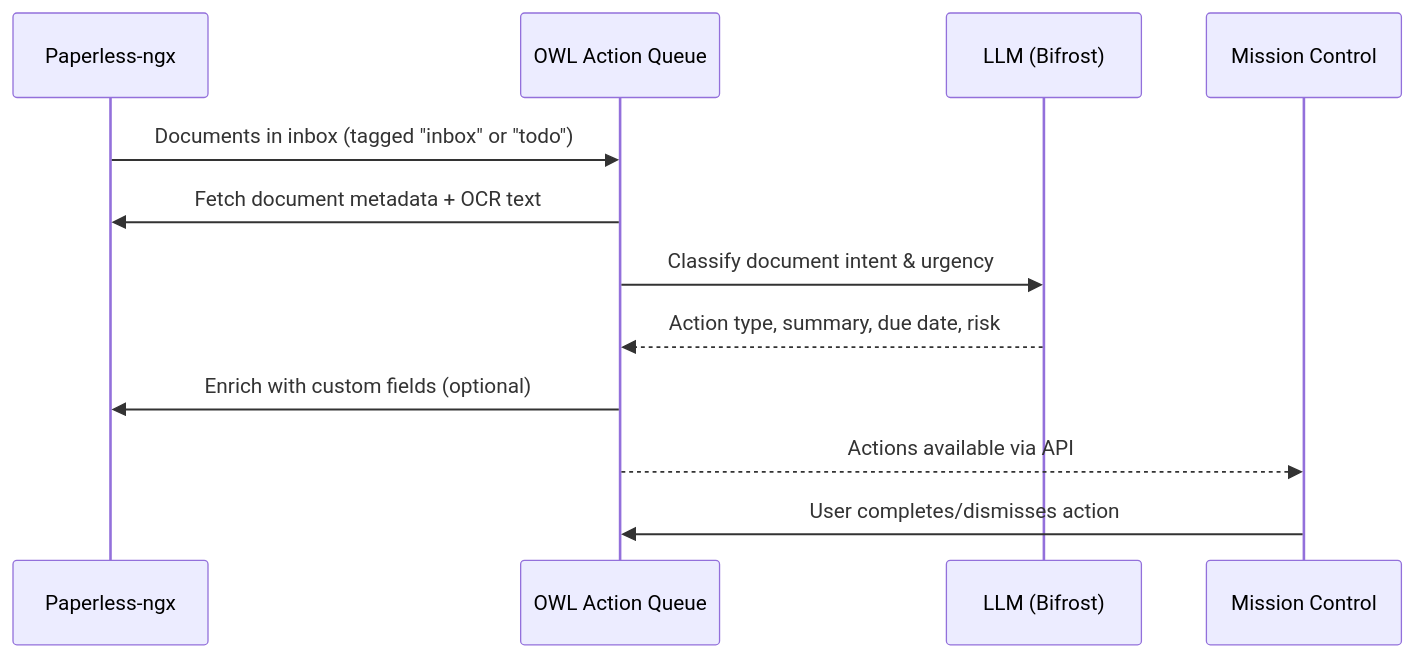
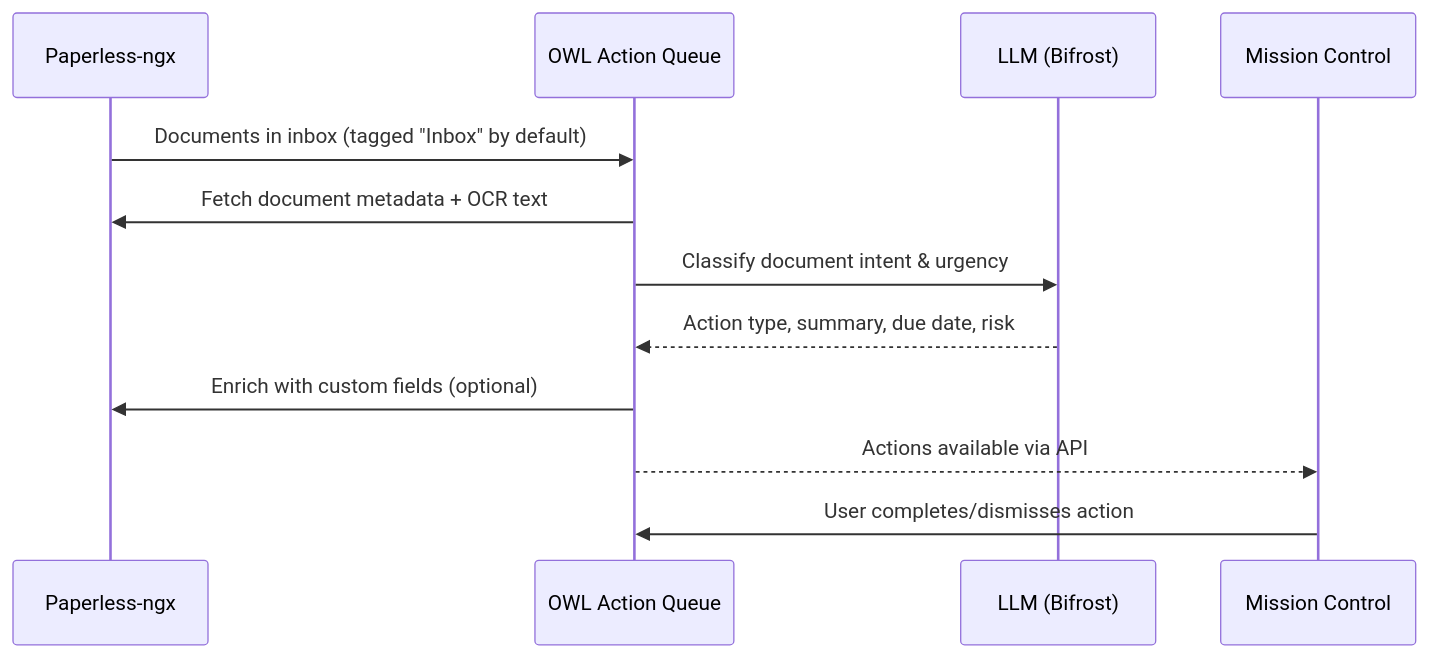
Before and after one commit to rsocko/owl: the first of 2 diagrams in docs/guide/action-queue-guide.md, drawn with Mermaid. The commit also changed other lines of this file and 21 other files, not shown here.

````diff
--- a/docs/guide/action-queue-guide.md
+++ b/docs/guide/action-queue-guide.md
@@ -19,15 +19,15 @@
 ```mermaid
 sequenceDiagram
     participant P as Paperless-ngx
     participant OWL as OWL Action Queue
     participant LLM as LLM (Bifrost)
     participant MC as Mission Control
 
-    P->>OWL: Documents in inbox (tagged "inbox" or "todo")
+    P->>OWL: Documents in inbox (tagged "Inbox" by default)
     OWL->>P: Fetch document metadata + OCR text
     OWL->>LLM: Classify document intent & urgency
     LLM-->>OWL: Action type, summary, due date, risk
     OWL->>P: Enrich with custom fields (optional)
     OWL-->>MC: Actions available via API
     MC->>OWL: User completes/dismisses action
 ```
````
